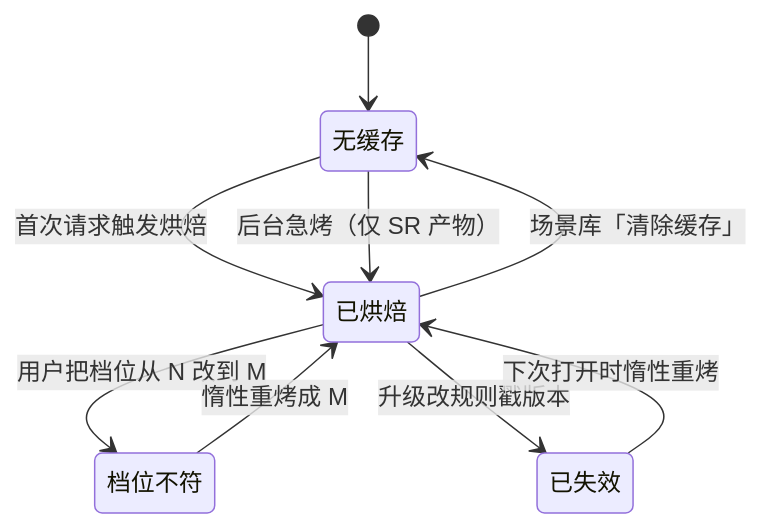
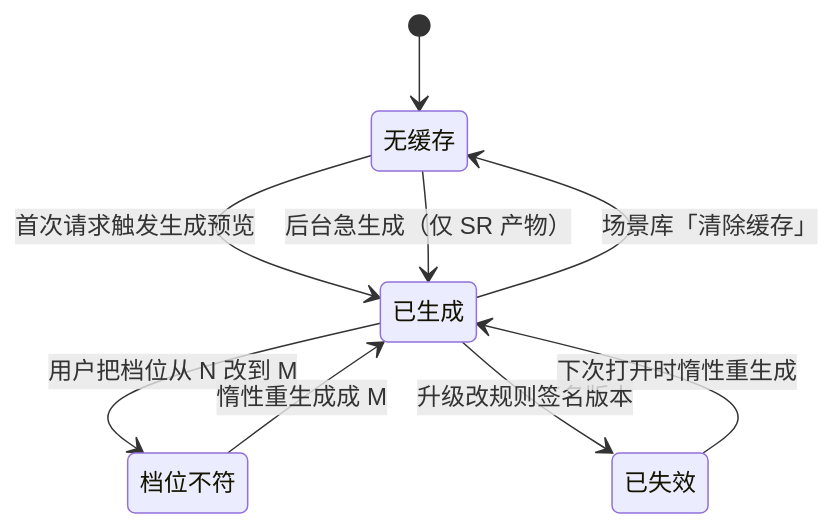
Before and after one commit to Jason001028/sr_agent_platform: the fourth of 5 diagrams in docs/knowledge/io-pipeline/scene-io.md, drawn with Mermaid. The commit also changed other lines of this file and 84 other files, not shown here.

````diff
--- a/docs/knowledge/io-pipeline/scene-io.md
+++ b/docs/knowledge/io-pipeline/scene-io.md
@@ -134,11 +134,11 @@
 ```mermaid
 stateDiagram-v2
   [*] --> 无缓存
-  无缓存 --> 已烘焙: 首次请求触发烘焙
-  已烘焙 --> 档位不符: 用户把档位从 N 改到 M
-  档位不符 --> 已烘焙: 惰性重烤成 M
-  已烘焙 --> 无缓存: 场景库「清除缓存」
-  已烘焙 --> 已失效: 升级改规则戳版本
-  已失效 --> 已烘焙: 下次打开时惰性重烤
-  无缓存 --> 已烘焙: 后台急烤（仅 SR 产物）
+  无缓存 --> 已生成: 首次请求触发生成预览
+  已生成 --> 档位不符: 用户把档位从 N 改到 M
+  档位不符 --> 已生成: 惰性重生成成 M
+  已生成 --> 无缓存: 场景库「清除缓存」
+  已生成 --> 已失效: 升级改规则签名版本
+  已失效 --> 已生成: 下次打开时惰性重生成
+  无缓存 --> 已生成: 后台急生成（仅 SR 产物）
 ```
````
